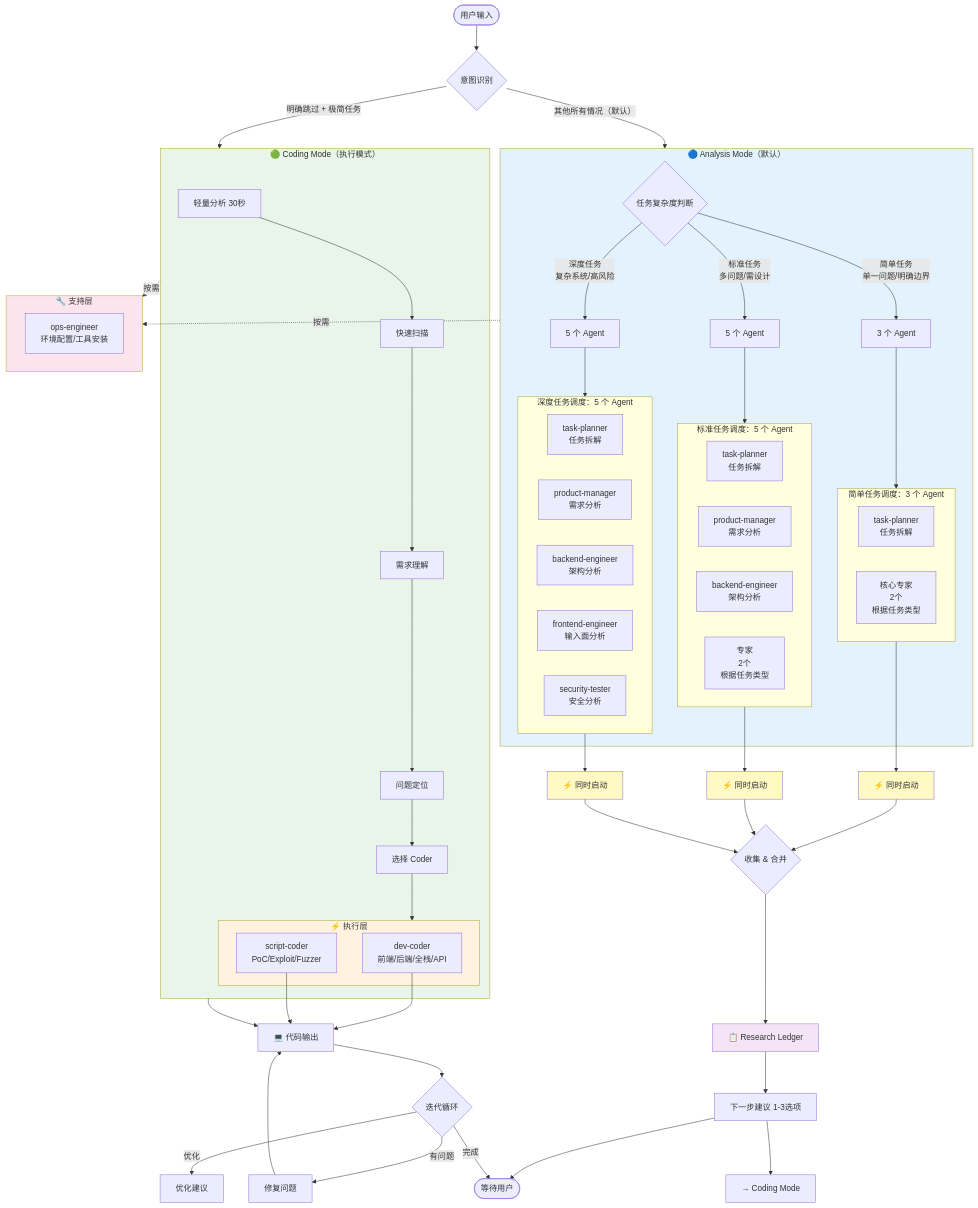
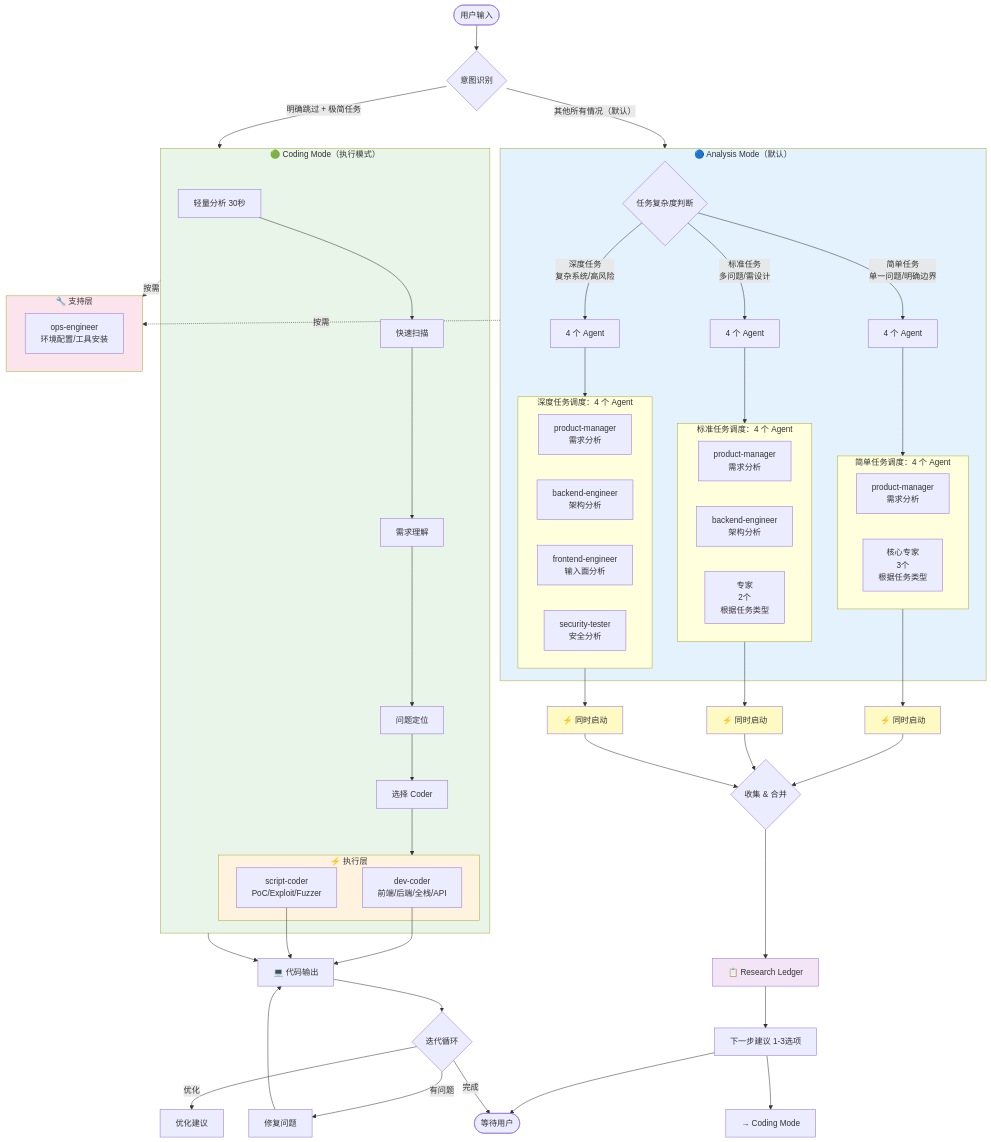
The first of 9 diagrams in ARCHITECTURE.md (xxipv6/claudeSandBox), drawn with Mermaid before and after one commit. The commit also changed other lines of this file and 50 other files, not shown here.

```diff
--- a/ARCHITECTURE.md
+++ b/ARCHITECTURE.md
@@ -30,9 +30,9 @@
     subgraph AnalysisMode["🔵 Analysis Mode（默认）"]
         Complexity{任务复杂度判断}
 
-        Complexity -->|简单任务<br/>单一问题/明确边界| Simple[3 个 Agent]
-        Complexity -->|标准任务<br/>多问题/需设计| Standard[5 个 Agent]
-        Complexity -->|深度任务<br/>复杂系统/高风险| Deep[5 个 Agent]
+        Complexity -->|简单任务<br/>单一问题/明确边界| Simple[4 个 Agent]
+        Complexity -->|标准任务<br/>多问题/需设计| Standard[4 个 Agent]
+        Complexity -->|深度任务<br/>复杂系统/高风险| Deep[4 个 Agent]
 
         Simple --> ScheduleSimple
         Standard --> ScheduleStandard
@@ -40,21 +40,19 @@
     end
 
     %% 分析层调度
-    subgraph ScheduleSimple["简单任务调度：3 个 Agent"]
-        TP1[task-planner<br/>任务拆解]
-        Expert[核心专家<br/>2个<br/>根据任务类型]
+    subgraph ScheduleSimple["简单任务调度：4 个 Agent"]
+        PM1[product-manager<br/>需求分析]
+        Expert1[核心专家<br/>3个<br/>根据任务类型]
     end
 
-    subgraph ScheduleStandard["标准任务调度：5 个 Agent"]
-        TP2[task-planner<br/>任务拆解]
-        PM[product-manager<br/>需求分析]
+    subgraph ScheduleStandard["标准任务调度：4 个 Agent"]
+        PM2[product-manager<br/>需求分析]
         BE[backend-engineer<br/>架构分析]
-        MultiExpert[专家<br/>2个<br/>根据任务类型]
+        Expert2[专家<br/>2个<br/>根据任务类型]
     end
 
-    subgraph ScheduleDeep["深度任务调度：5 个 Agent"]
-        TP3[task-planner<br/>任务拆解]
-        PM2[product-manager<br/>需求分析]
+    subgraph ScheduleDeep["深度任务调度：4 个 Agent"]
+        PM3[product-manager<br/>需求分析]
         BE2[backend-engineer<br/>架构分析]
         FE[frontend-engineer<br/>输入面分析]
         ST[security-tester<br/>安全分析]
```
